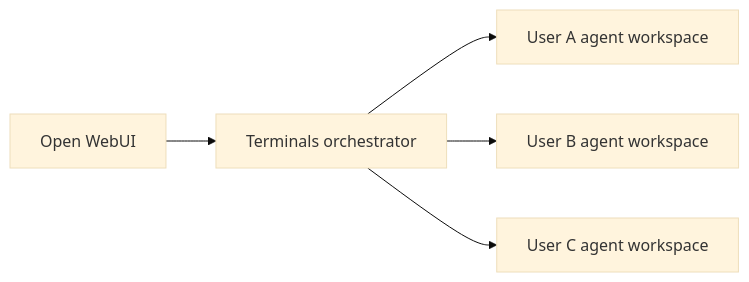
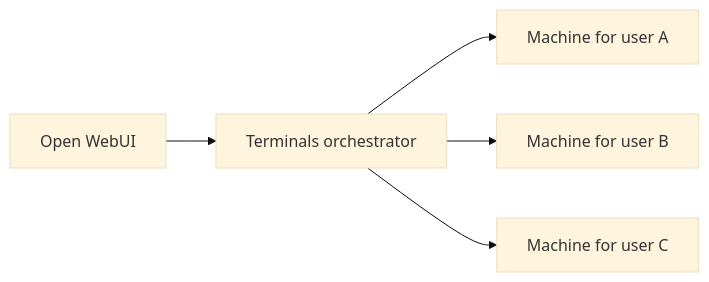
One commit to open-webui/docs changed the diagram in docs/features/open-terminal/terminals/orchestration/index.md. Above: the diagram before and after it, drawn with Mermaid (base theme). The commit also changed other lines of this file and 53 other files, not shown here.

````diff
--- a/docs/features/open-terminal/terminals/orchestration/index.md
+++ b/docs/features/open-terminal/terminals/orchestration/index.md
@@ -12,7 +12,7 @@
 ```mermaid
 flowchart LR
     A["Open WebUI"] --> B["Terminals orchestrator"]
-    B --> C["User A agent workspace"]
-    B --> D["User B agent workspace"]
-    B --> E["User C agent workspace"]
+    B --> C["Machine for user A"]
+    B --> D["Machine for user B"]
+    B --> E["Machine for user C"]
 ```
````
